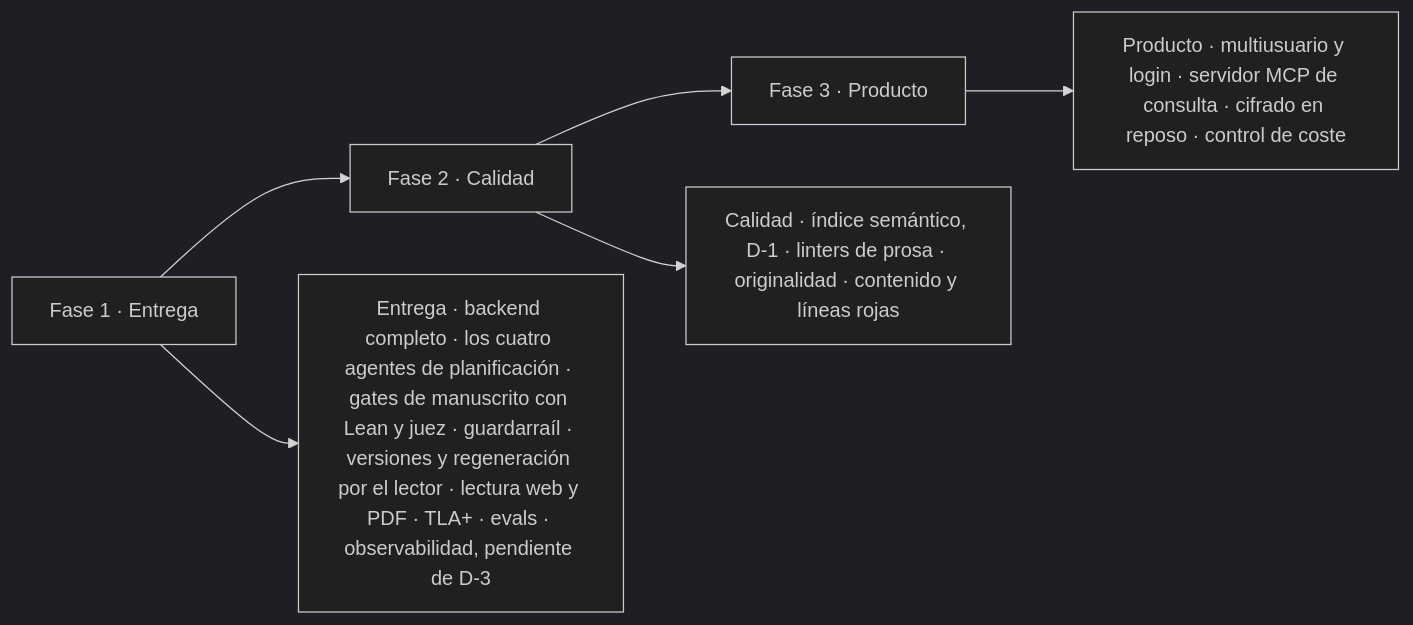
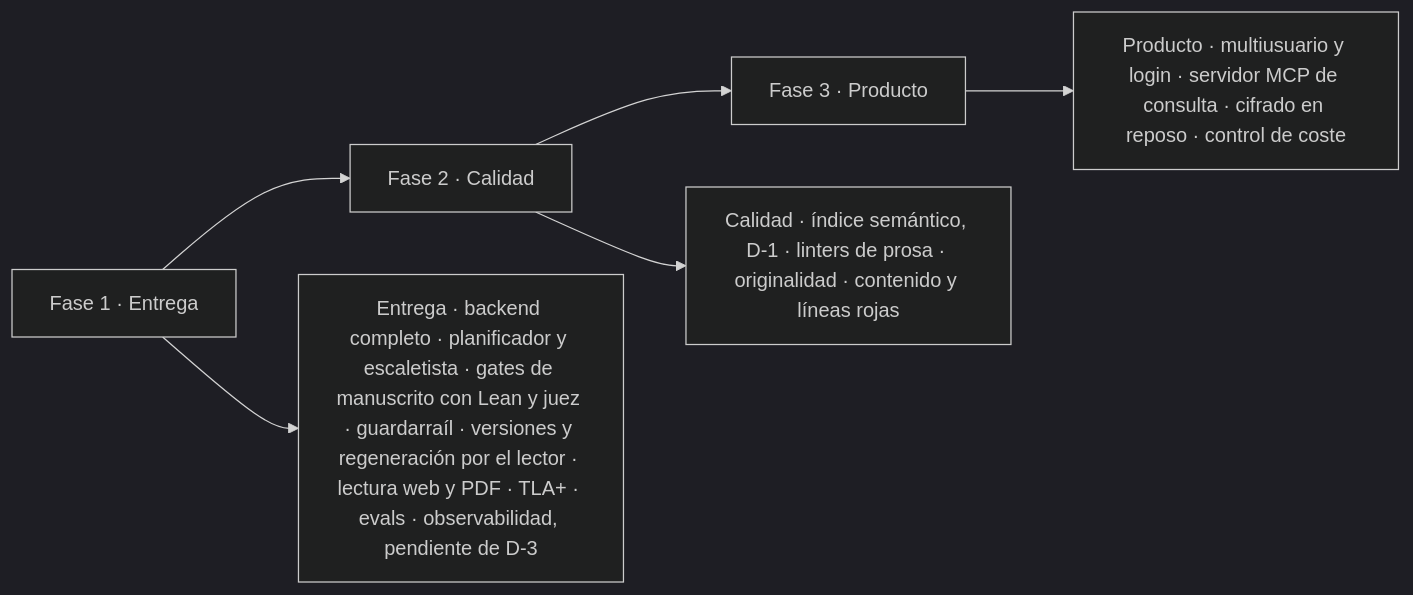
Before and after one commit to Asieribarz/my-story-marker: the tenth of 10 diagrams in docs/architecture.md, drawn with Mermaid (dark theme). The commit also changed other lines of this file and 116 other files, not shown here.

````diff
--- a/docs/architecture.md
+++ b/docs/architecture.md
@@ -692,7 +730,7 @@
 ```mermaid
 flowchart LR
   F1["Fase 1 · Entrega"] --> F2["Fase 2 · Calidad"] --> F3["Fase 3 · Producto"]
-  F1 --> F1a["Entrega · backend completo · los cuatro agentes de planificación · gates de manuscrito con Lean y juez · guardarraíl · versiones y regeneración por el lector · lectura web y PDF · TLA+ · evals · observabilidad, pendiente de D-3"]
+  F1 --> F1a["Entrega · backend completo · planificador y escaletista · gates de manuscrito con Lean y juez · guardarraíl · versiones y regeneración por el lector · lectura web y PDF · TLA+ · evals · observabilidad, pendiente de D-3"]
   F2 --> F2a["Calidad · índice semántico, D-1 · linters de prosa · originalidad · contenido y líneas rojas"]
   F3 --> F3a["Producto · multiusuario y login · servidor MCP de consulta · cifrado en reposo · control de coste"]
 ```
````
